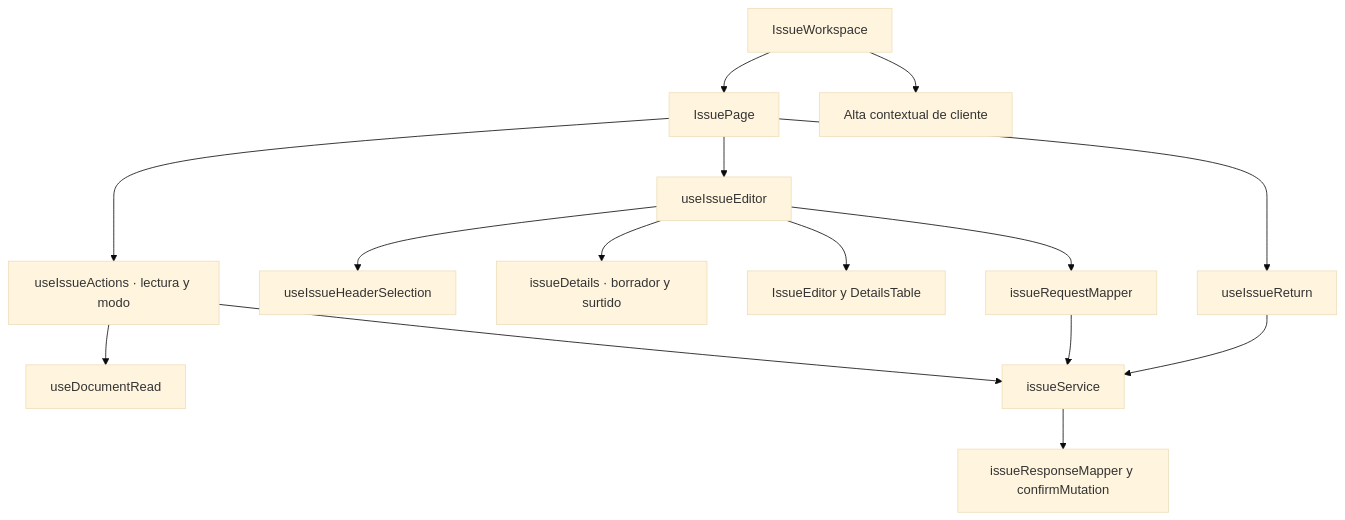
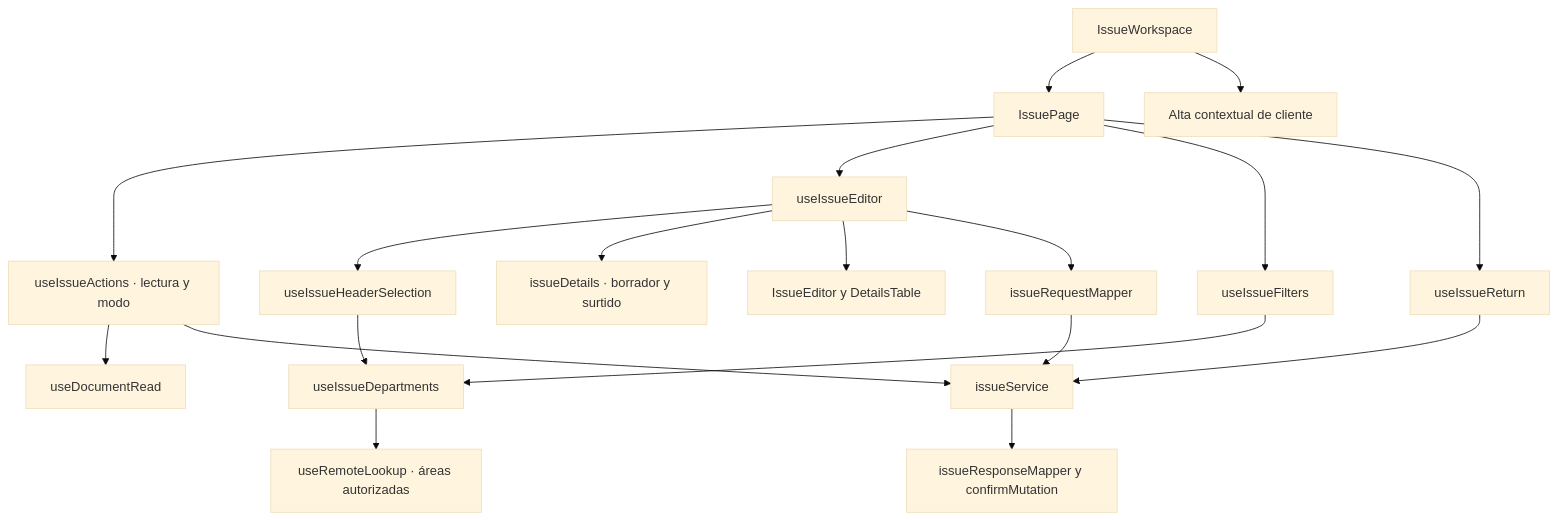
The diagram in front/docs/architecture/views/logical/components/07-issues.md (gpgsistemas01/nexus), drawn with Mermaid (base theme) before and after one commit. The commit also changed other lines of this file and 79 other files, not shown here.

````diff
--- a/front/docs/architecture/views/logical/components/07-issues.md
+++ b/front/docs/architecture/views/logical/components/07-issues.md
@@ -7,17 +7,21 @@
 ```mermaid
 flowchart TB
     workspace["IssueWorkspace"] --> page["IssuePage"]
     workspace --> client["Alta contextual de cliente"]
     page --> actions["useIssueActions · lectura y modo"]
     actions --> read["useDocumentRead"]
     page --> editor["useIssueEditor"]
     editor --> header["useIssueHeaderSelection"]
+    page --> filters["useIssueFilters"]
+    header --> departments["useIssueDepartments"]
+    filters --> departments
+    departments --> lookup["useRemoteLookup · áreas autorizadas"]
     editor --> draft["issueDetails · borrador y surtido"]
     editor --> view["IssueEditor y DetailsTable"]
     page --> returns["useIssueReturn"]
     editor --> mapper["issueRequestMapper"]
     mapper --> service["issueService"]
     returns --> service
     actions --> service
     service --> response["issueResponseMapper y confirmMutation"]
 ```
````
